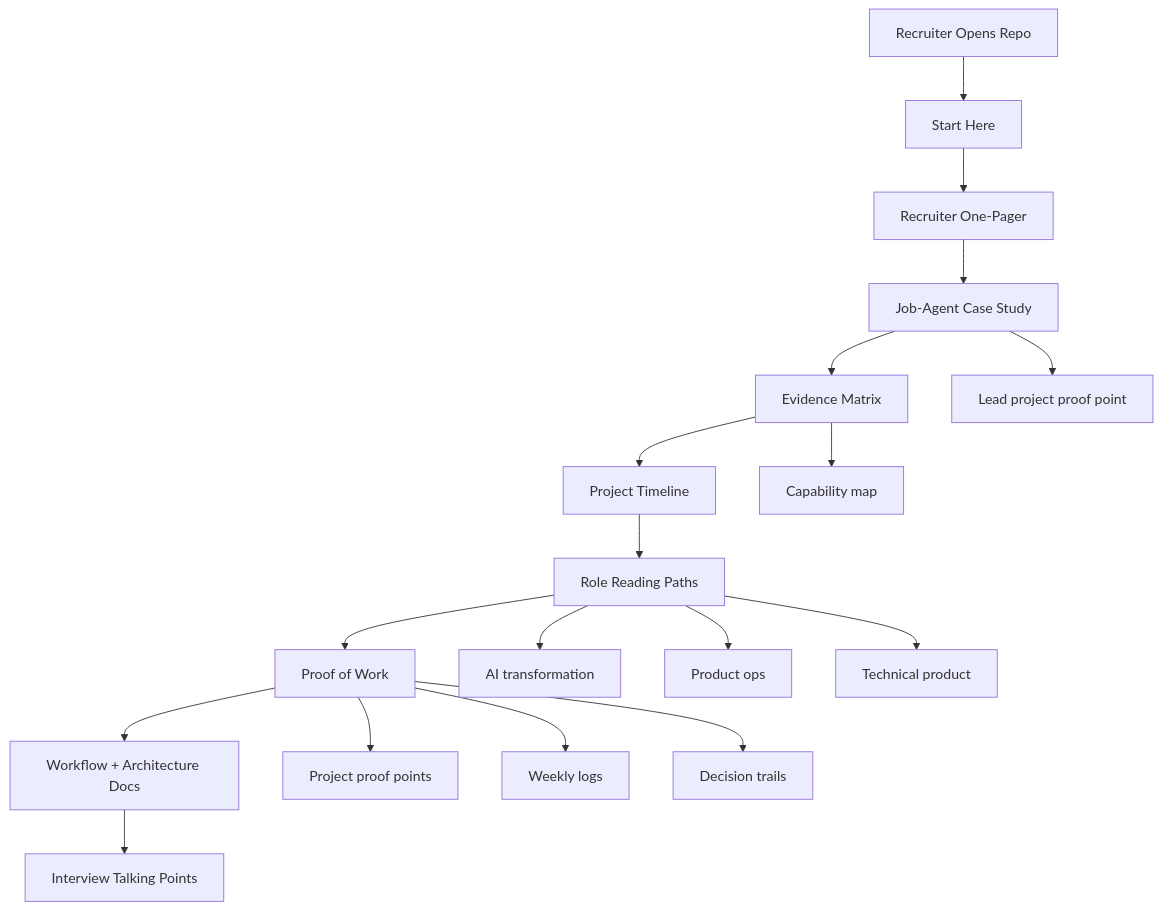
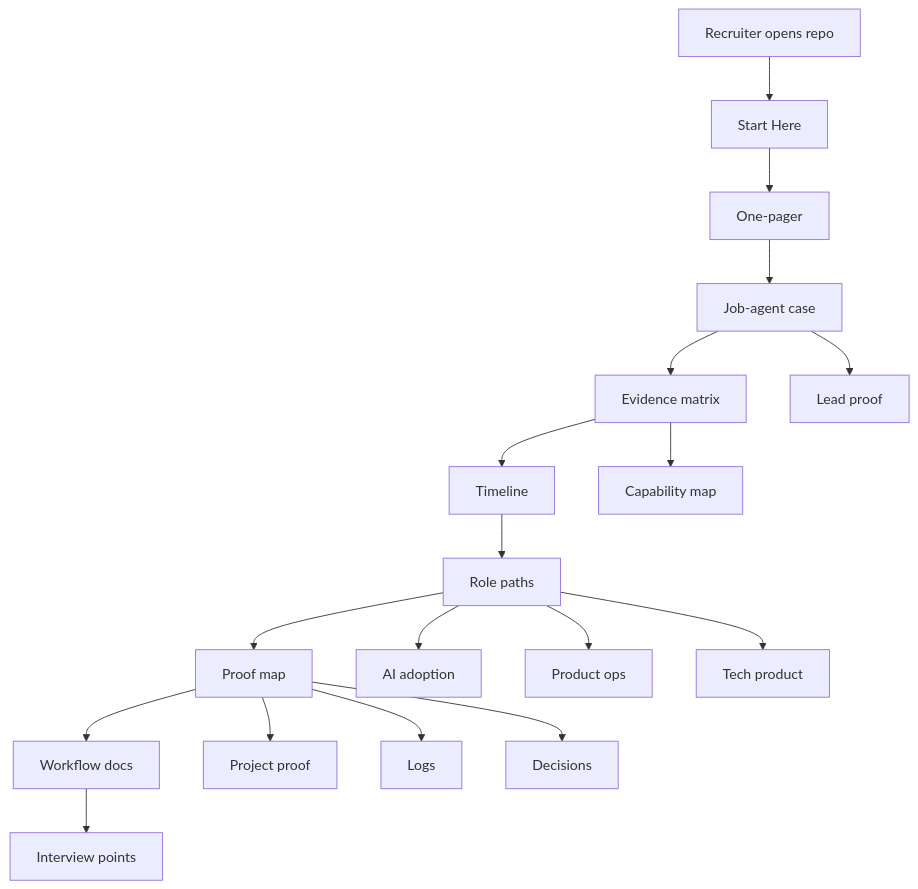
One commit to marcus-uden-dev/ai-native-proof-of-work changed the diagram in diagrams/RECRUITER_VIEW.md. Above: the diagram before and after it, drawn with Mermaid. The commit also changed other lines of this file and 78 other files, not shown here.

Commit message:
Reframe strategy and diagrams around project proof

````diff
--- a/diagrams/RECRUITER_VIEW.md
+++ b/diagrams/RECRUITER_VIEW.md
@@ -6,21 +6,21 @@
 ```mermaid
 flowchart TD
-    A[Recruiter Opens Repo] --> B[Start Here]
-    B --> C[Recruiter One-Pager]
-    C --> D[Job-Agent Case Study]
-    D --> E[Evidence Matrix]
-    E --> F[Project Timeline]
-    F --> G[Role Reading Paths]
-    G --> H[Proof of Work]
-    H --> I[Workflow + Architecture Docs]
-    I --> J[Interview Talking Points]
+    A["Recruiter opens repo"] --> B["Start Here"]
+    B --> C["One-pager"]
+    C --> D["Job-agent case"]
+    D --> E["Evidence matrix"]
+    E --> F["Timeline"]
+    F --> G["Role paths"]
+    G --> H["Proof map"]
+    H --> I["Workflow docs"]
+    I --> J["Interview points"]
 
-    D --> D1[Lead project proof point]
-    E --> E1[Capability map]
-    G --> G1[AI transformation]
-    G --> G2[Product ops]
-    G --> G3[Technical product]
-    H --> H1[Project proof points]
-    H --> H2[Weekly logs]
-    H --> H3[Decision trails]
+    D --> D1["Lead proof"]
+    E --> E1["Capability map"]
+    G --> G1["AI adoption"]
+    G --> G2["Product ops"]
+    G --> G3["Tech product"]
+    H --> H1["Project proof"]
+    H --> H2["Logs"]
+    H --> H3["Decisions"]
 ```
````
